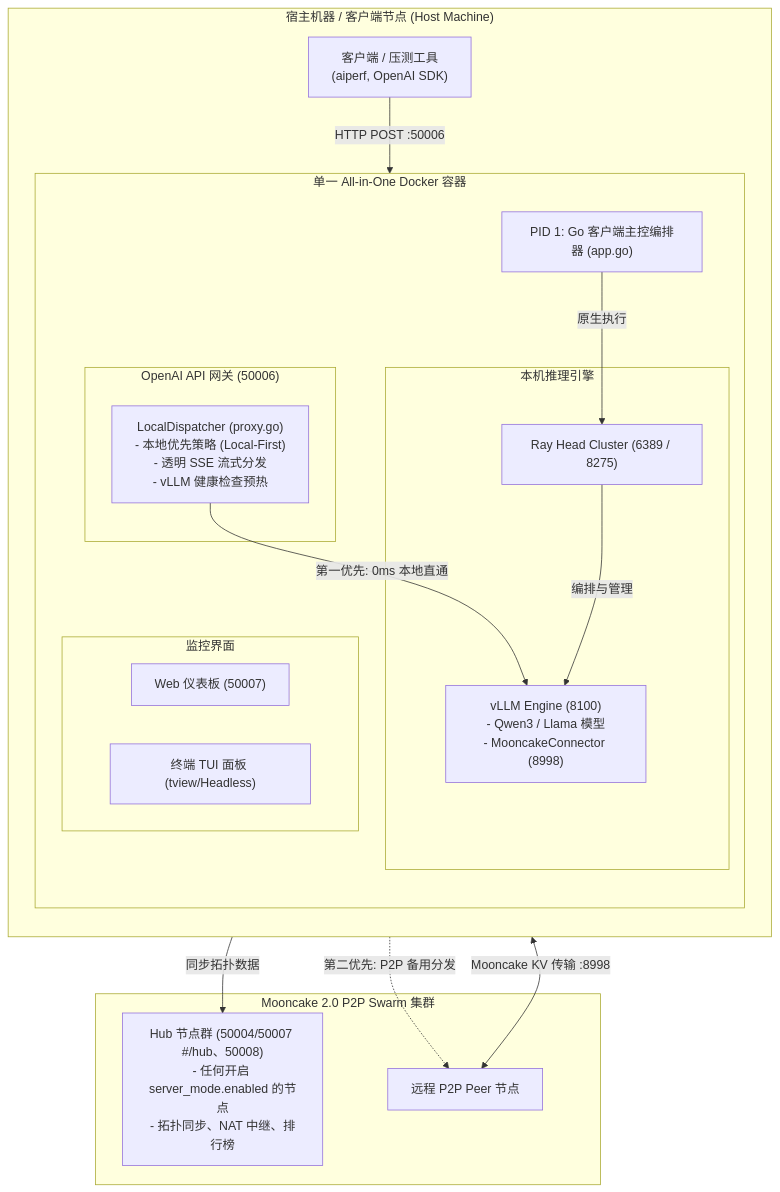
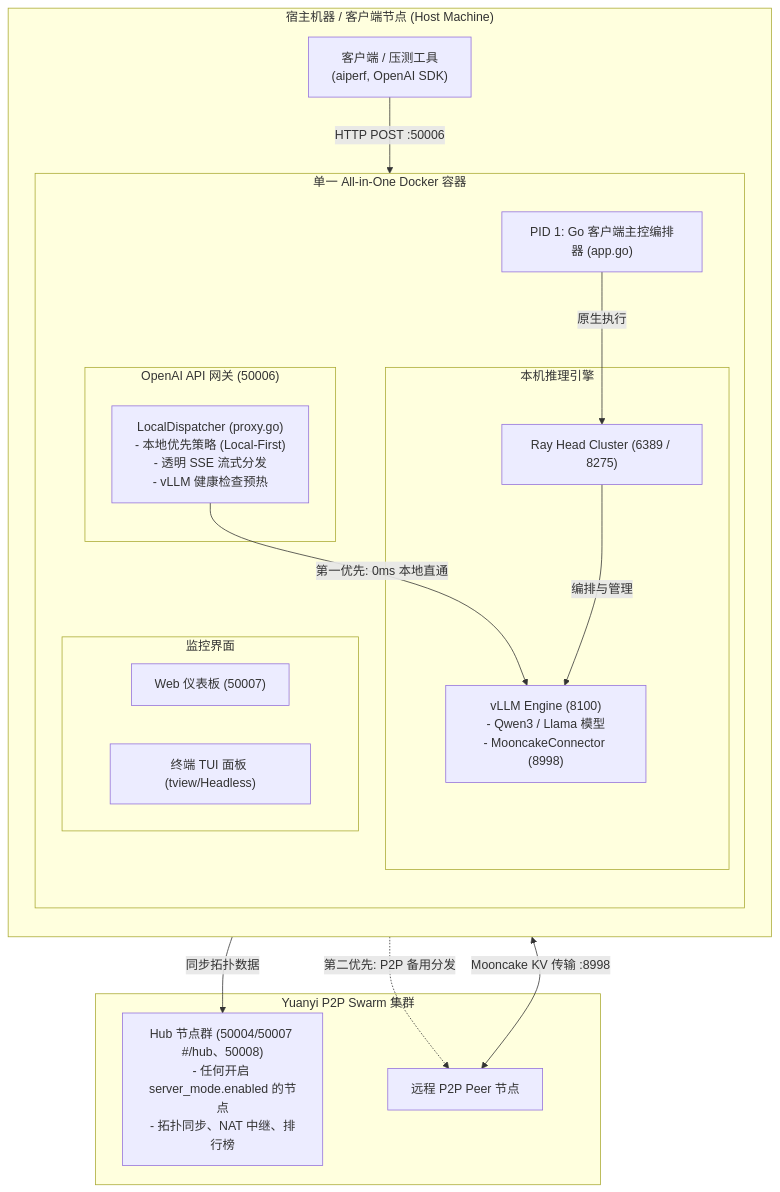
The diagram in README_zh-CN.md (lhu-csie-dclab/yuanyi), drawn with Mermaid before and after one commit. The commit also changed other lines of this file and 43 other files, not shown here.

First line of the commit message:
rebrand: rename project branding from Mooncake 2.0 to Yuanyi

````diff
--- a/README_zh-CN.md
+++ b/README_zh-CN.md
@@ -85,39 +85,39 @@
 ```mermaid
 flowchart TB
     subgraph ClientHost["宿主机器 / 客户端节点 (Host Machine)"]
         direction TB
         APICaller["客户端 / 压测工具\n(aiperf, OpenAI SDK)"]
         
         subgraph Container["单一 All-in-One Docker 容器"]
             direction TB
             GoAgent["PID 1: Go 客户端主控编排器 (app.go)"]
             
             subgraph GatewayLayer["OpenAI API 网关 (50006)"]
                 Dispatcher["LocalDispatcher (proxy.go)\n- 本地优先策略 (Local-First)\n- 透明 SSE 流式分发\n- vLLM 健康检查预热"]
             end
             
             subgraph EngineLayer["本机推理引擎"]
                 RayHead["Ray Head Cluster (6389 / 8275)"]
                 VLLM["vLLM Engine (8100)\n- Qwen3 / Llama 模型\n- MooncakeConnector (8998)"]
             end
             
             subgraph Dashboards["监控界面"]
                 WebUI["Web 仪表板 (50007)"]
                 TUI["终端 TUI 面板 (tview/Headless)"]
             end
         end
     end
     
-    subgraph Swarm["Mooncake 2.0 P2P Swarm 集群"]
+    subgraph Swarm["Yuanyi P2P Swarm 集群"]
         HubNode["Hub 节点群 (50004/50007 #/hub、50008)\n- 任何开启 server_mode.enabled 的节点\n- 拓扑同步、NAT 中继、排行榜"]
         RemotePeer["远程 P2P Peer 节点"]
     end
     
     APICaller -->|HTTP POST :50006| Dispatcher
     Dispatcher -->|第一优先: 0ms 本地直通| VLLM
     Dispatcher -.->|第二优先: P2P 备用分发| RemotePeer
     GoAgent -->|原生执行| RayHead
     RayHead -->|编排与管理| VLLM
     GoAgent -->|同步拓扑数据| HubNode
     VLLM <-->|Mooncake KV 传输 :8998| RemotePeer
 ```
````
